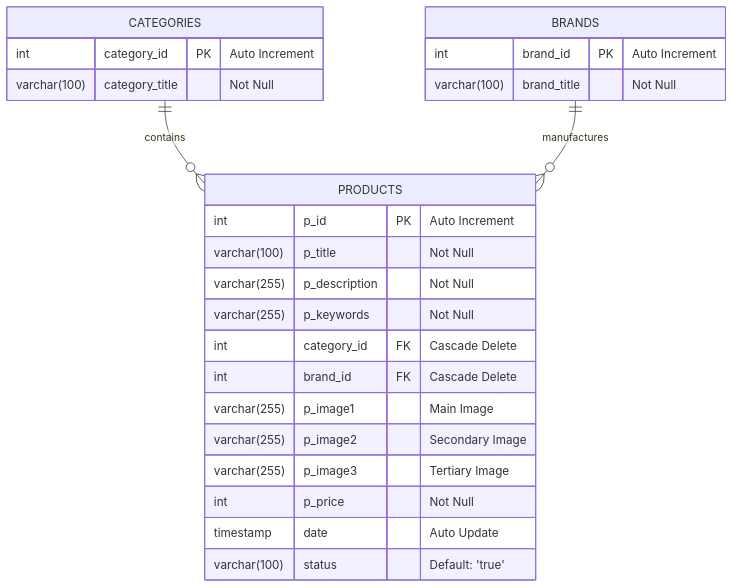
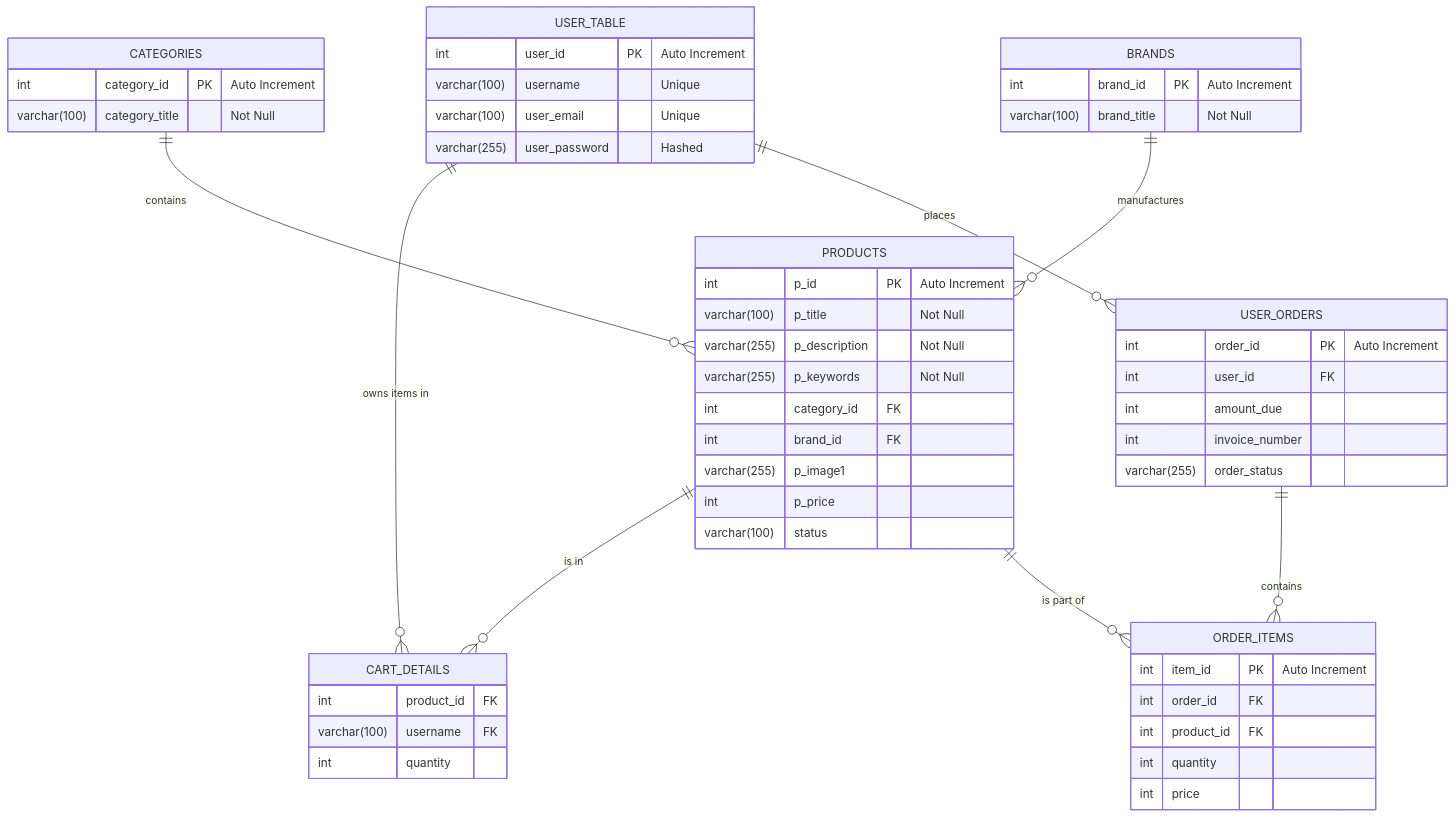
Before and after one commit to DilanDFrya/ecommerce_project: the diagram in MySQL.md, drawn with Mermaid. The commit also changed other lines of this file and 1 other file, not shown here.

Commit message:
docs: update schema documentation to include user, cart, and order tables, and update project overview to reflect new AJAX-powered e-commerce features.

````diff
--- a/MySQL.md
+++ b/MySQL.md
@@ -7,30 +7,61 @@
 ```mermaid
 erDiagram
     CATEGORIES ||--o{ PRODUCTS : contains
     BRANDS ||--o{ PRODUCTS : manufactures
+    USER_TABLE ||--o{ CART_DETAILS : "owns items in"
+    PRODUCTS ||--o{ CART_DETAILS : "is in"
+    USER_TABLE ||--o{ USER_ORDERS : places
+    USER_ORDERS ||--o{ ORDER_ITEMS : contains
+    PRODUCTS ||--o{ ORDER_ITEMS : "is part of"
     
     CATEGORIES {
         int category_id PK "Auto Increment"
         varchar(100) category_title "Not Null"
     }
     
     BRANDS {
         int brand_id PK "Auto Increment"
         varchar(100) brand_title "Not Null"
     }
     
     PRODUCTS {
         int p_id PK "Auto Increment"
         varchar(100) p_title "Not Null"
         varchar(255) p_description "Not Null"
         varchar(255) p_keywords "Not Null"
-        int category_id FK "Cascade Delete"
-        int brand_id FK "Cascade Delete"
-        varchar(255) p_image1 "Main Image"
-        varchar(255) p_image2 "Secondary Image"
-        varchar(255) p_image3 "Tertiary Image"
-        int p_price "Not Null"
-        timestamp date "Auto Update"
-        varchar(100) status "Default: 'true'"
+        int category_id FK
+        int brand_id FK
+        varchar(255) p_image1
+        int p_price
+        varchar(100) status
+    }
+
+    USER_TABLE {
+        int user_id PK "Auto Increment"
+        varchar(100) username "Unique"
+        varchar(100) user_email "Unique"
+        varchar(255) user_password "Hashed"
+    }
+
+    CART_DETAILS {
+        int product_id FK
+        varchar(100) username FK
+        int quantity
+    }
+
+    USER_ORDERS {
+        int order_id PK "Auto Increment"
+        int user_id FK
+        int amount_due
+        int invoice_number
+        varchar(255) order_status
+    }
+
+    ORDER_ITEMS {
+        int item_id PK "Auto Increment"
+        int order_id FK
+        int product_id FK
+        int quantity
+        int price
     }
 ```
````
